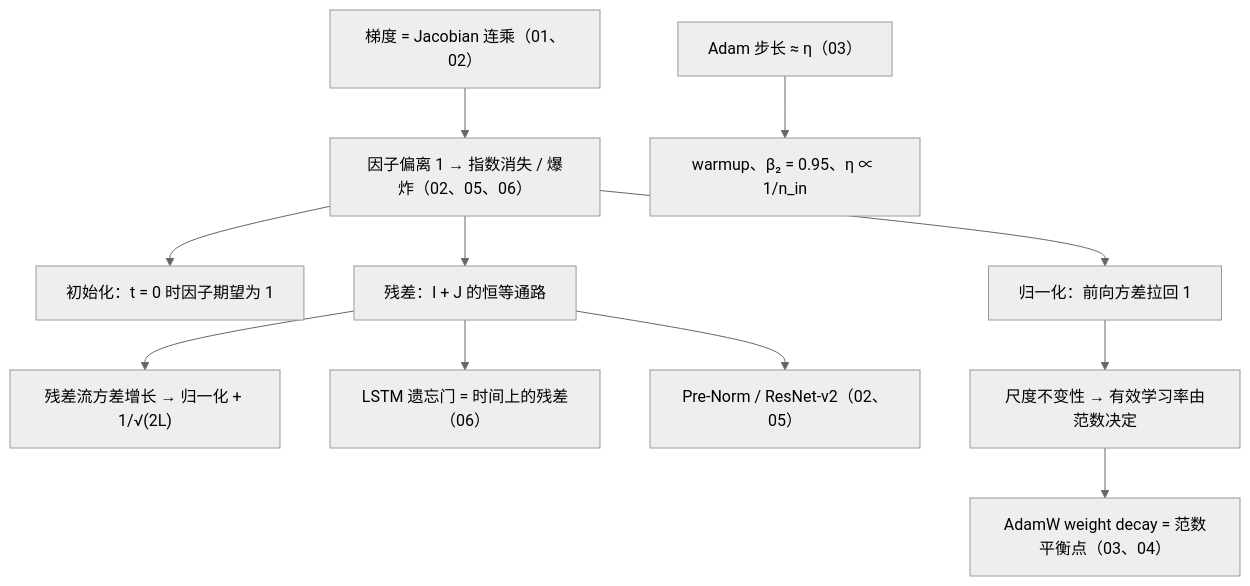
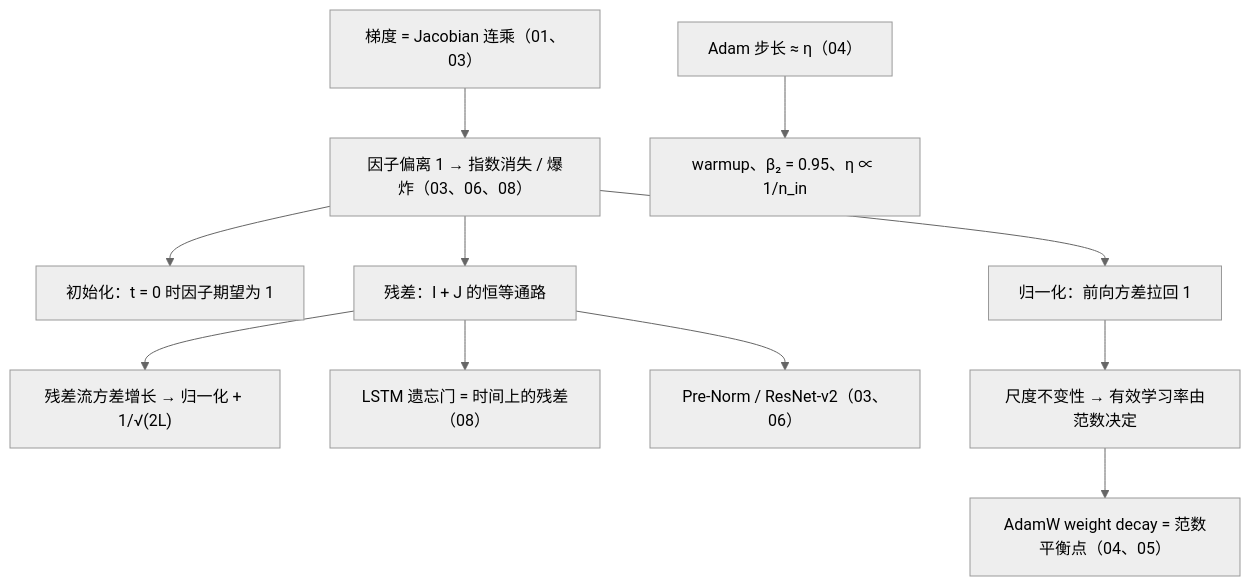
One commit to arganzheng/arganzheng.github.com changed the second of 2 diagrams in slides/2026-03-29-deep-learning-foundations.md. Above: the diagram before and after it, drawn with Mermaid (neutral theme). The commit also changed other lines of this file and 13 other files, not shown here.

````diff
--- a/slides/2026-03-29-deep-learning-foundations.md
+++ b/slides/2026-03-29-deep-learning-foundations.md
@@ -210,14 +253,14 @@
 ```mermaid
 %%{init: {"flowchart": {"wrappingWidth": 210}}}%%
 flowchart TB
-    CHAIN["梯度 = Jacobian 连乘（01、02）"] --> VAN["因子偏离 1 → 指数消失 / 爆炸（02、05、06）"]
+    CHAIN["梯度 = Jacobian 连乘（01、03）"] --> VAN["因子偏离 1 → 指数消失 / 爆炸（03、06、08）"]
     VAN --> INIT["初始化：t = 0 时因子期望为 1"]
     VAN --> NORM["归一化：前向方差拉回 1"]
     VAN --> RES["残差：I + J 的恒等通路"]
     RES --> GROW["残差流方差增长 → 归一化 + 1/√(2L)"]
-    RES --> LSTM["LSTM 遗忘门 = 时间上的残差（06）"]
-    RES --> PRE["Pre-Norm / ResNet-v2（02、05）"]
+    RES --> LSTM["LSTM 遗忘门 = 时间上的残差（08）"]
+    RES --> PRE["Pre-Norm / ResNet-v2（03、06）"]
     NORM --> SCALE["尺度不变性 → 有效学习率由范数决定"]
-    SCALE --> WD["AdamW weight decay = 范数平衡点（03、04）"]
-    ADAM["Adam 步长 ≈ η（03）"] --> WARM["warmup、β₂ = 0.95、η ∝ 1/n_in"]
+    SCALE --> WD["AdamW weight decay = 范数平衡点（04、05）"]
+    ADAM["Adam 步长 ≈ η（04）"] --> WARM["warmup、β₂ = 0.95、η ∝ 1/n_in"]
 ```
````
